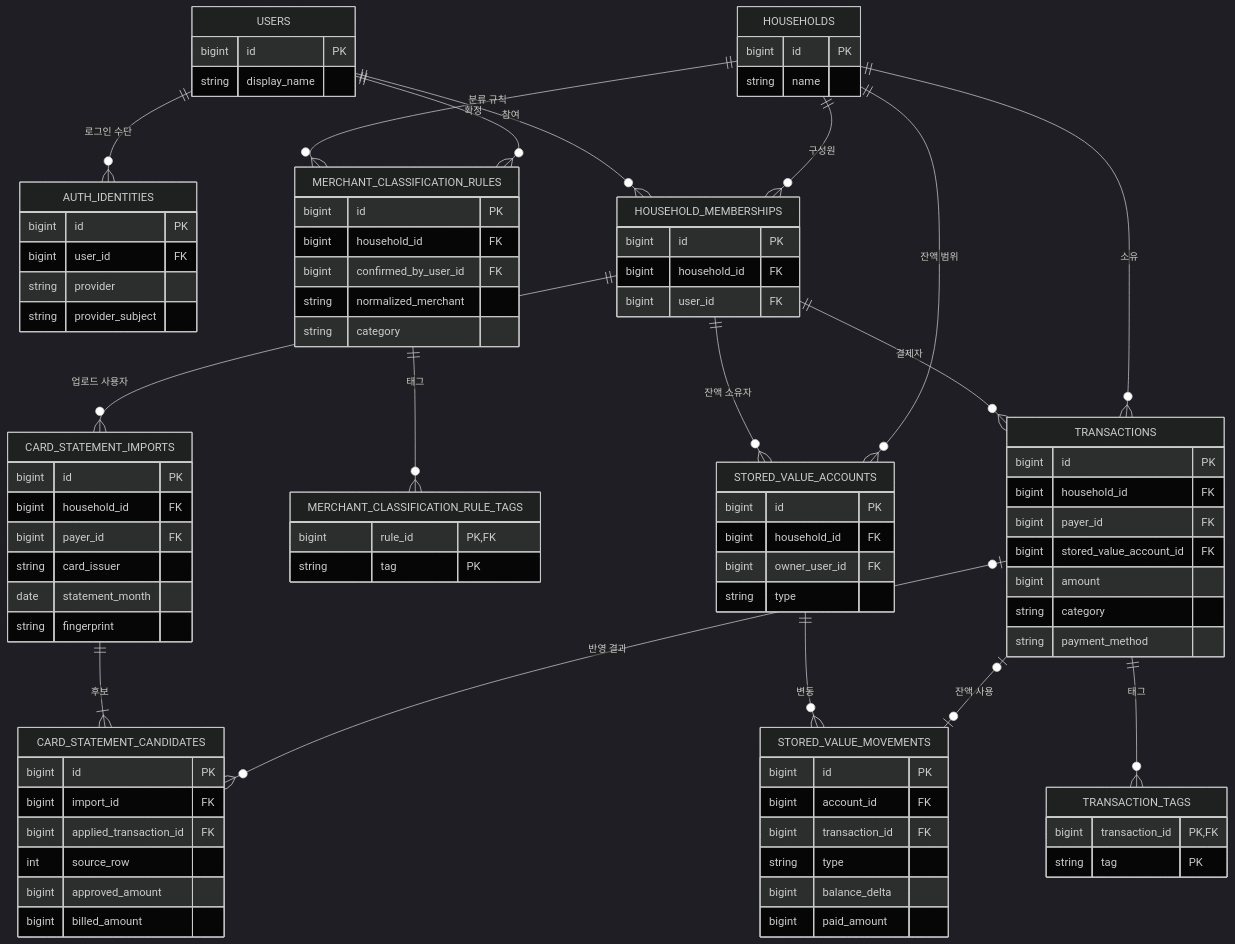
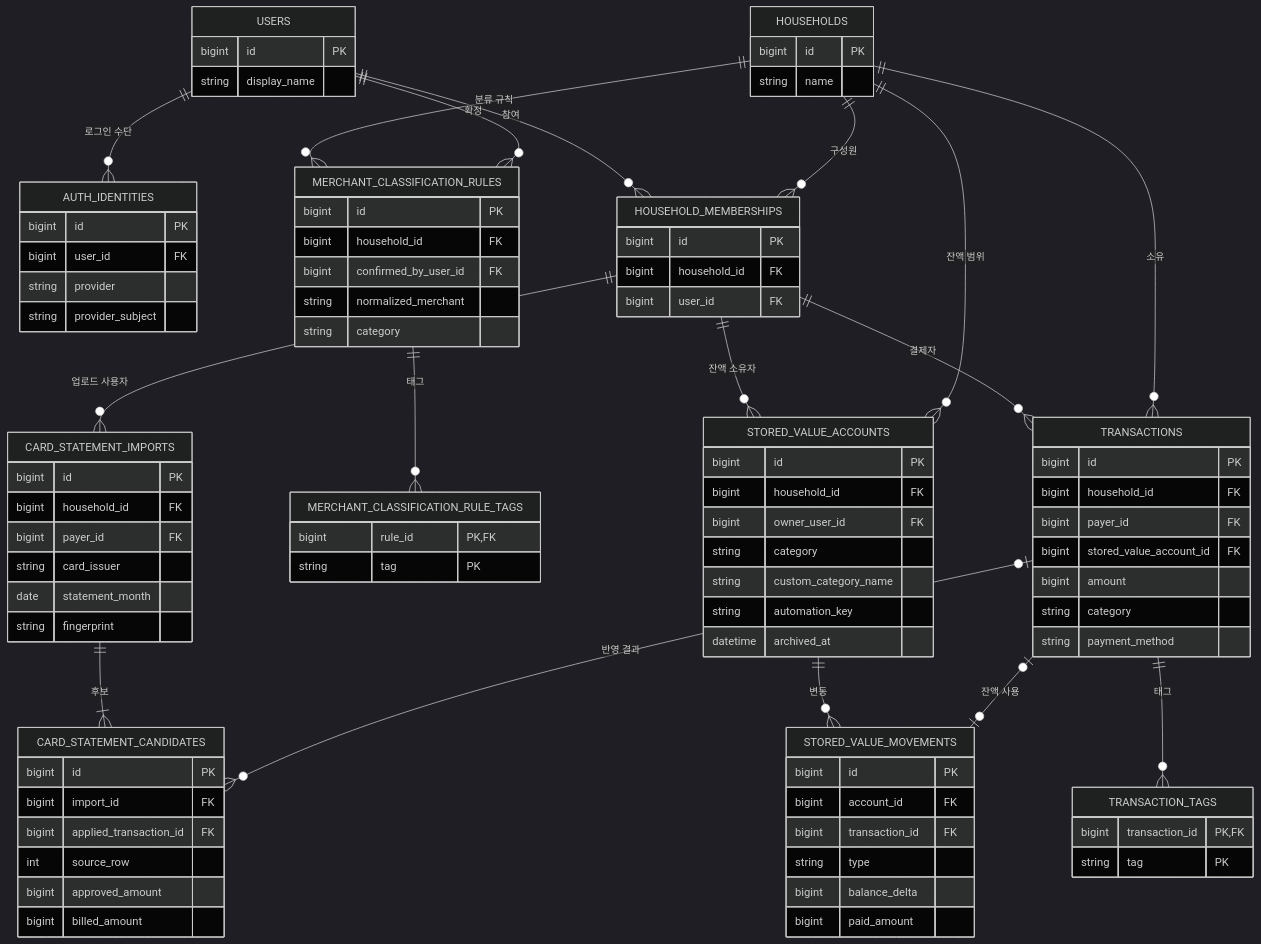
The diagram in docs/DATA_MODEL.md (takeown/woorijip), drawn with Mermaid (dark theme) before and after one commit. The commit also changed other lines of this file and 34 other files, not shown here.

```diff
--- a/docs/DATA_MODEL.md
+++ b/docs/DATA_MODEL.md
@@ -90,7 +90,10 @@
         bigint id PK
         bigint household_id FK
         bigint owner_user_id FK
-        string type
+        string category
+        string custom_category_name
+        string automation_key
+        datetime archived_at
     }
     STORED_VALUE_MOVEMENTS {
         bigint id PK
```
